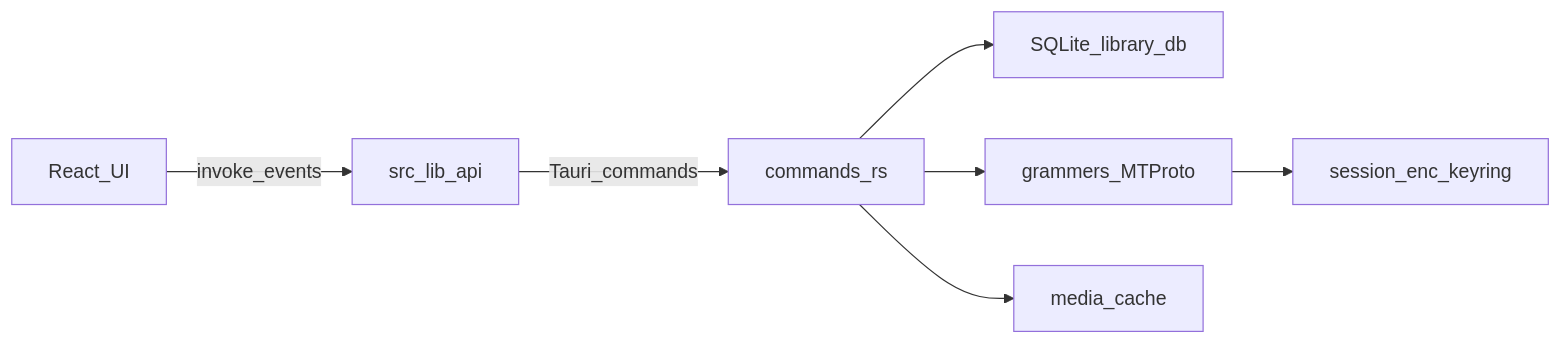
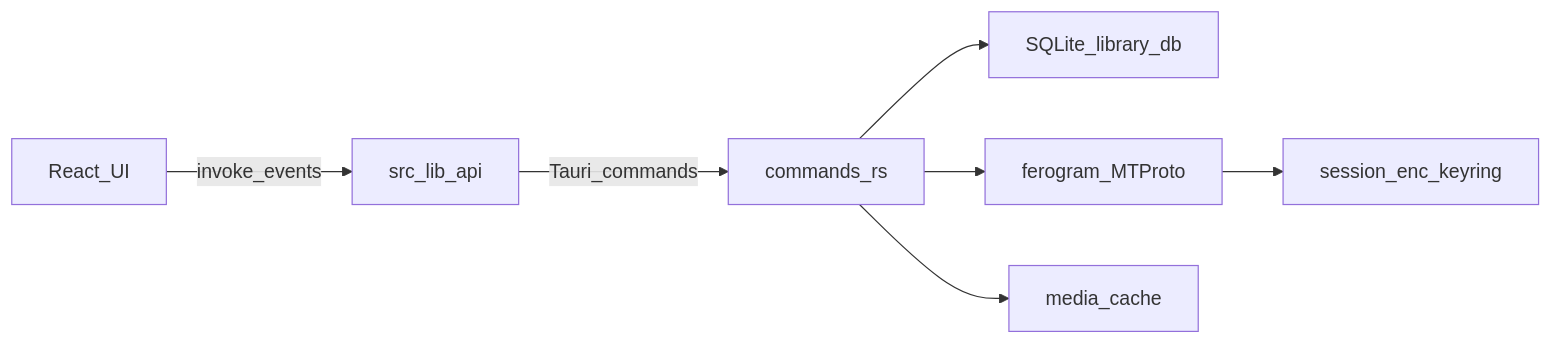
Before and after one commit to rastuhacode/soundgrammy: the diagram in docs/architecture.md, drawn with Mermaid. The commit also changed 17 other files, not shown here.

````diff
--- a/docs/architecture.md
+++ b/docs/architecture.md
@@ -5,9 +5,9 @@
 ```mermaid
 flowchart LR
   UI[React_UI] -->|invoke_events| API[src_lib_api]
   API -->|Tauri_commands| Cmds[commands_rs]
   Cmds --> Db[SQLite_library_db]
-  Cmds --> Tg[grammers_MTProto]
+  Cmds --> Tg[ferogram_MTProto]
   Cmds --> Cache[media_cache]
   Tg --> Session[session_enc_keyring]
 ```
````
